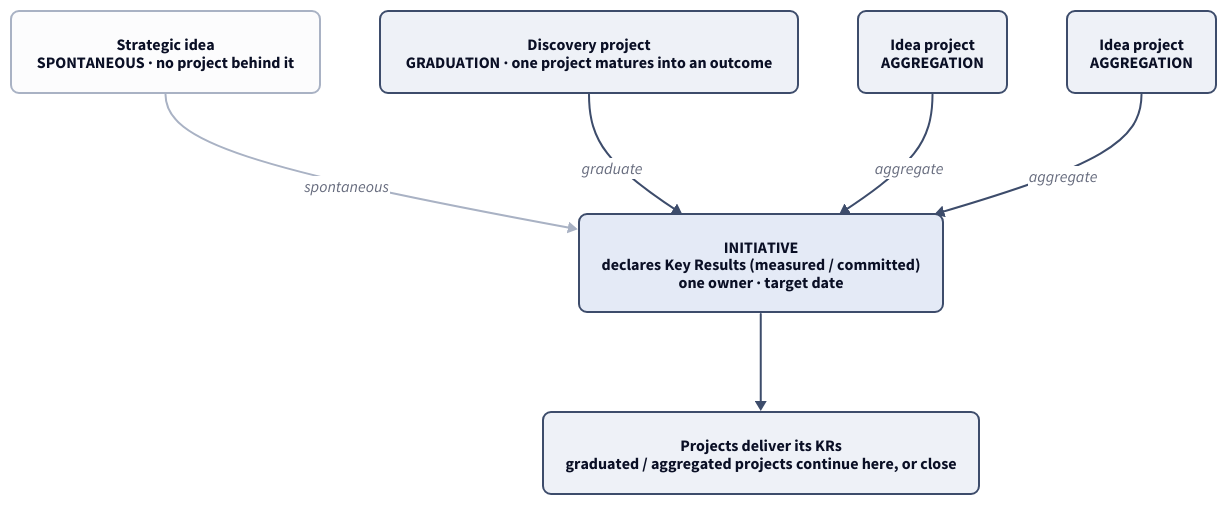
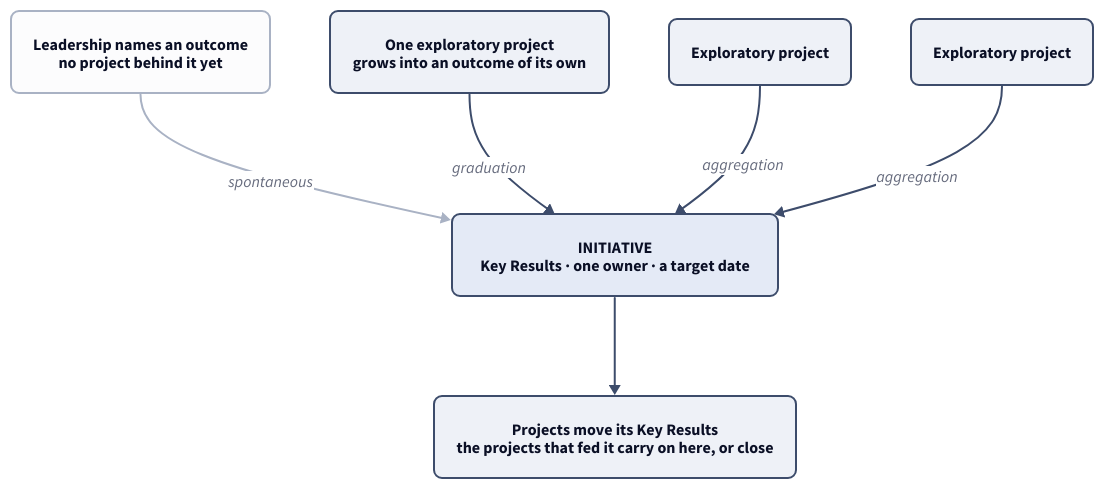
Before and after one commit to hungovercoders/linear-work-management: the diagram in docs/diagrams/initiative-origin.d2, drawn with D2. The commit also changed 15 other files, not shown here.

First line of the commit message:
docs(diagrams): redraw all eight in the guide's plain wording

```diff
--- a/docs/diagrams/initiative-origin.d2
+++ b/docs/diagrams/initiative-origin.d2
@@ -1,36 +1,36 @@
 # Where an initiative comes from: three origins converging on one outcome.
 # Shown on the Initiatives page as a committed SVG (see `task diagrams`).
 # Companion to project-lifecycle.d2. Flat + acyclic so the layout stays a clean funnel.
 
 direction: down
 
 # ---- the three origins ----
-strat: "Strategic idea\nSPONTANEOUS · no project behind it" {
+strat: "Leadership names an outcome\nno project behind it yet" {
   style: {fill: "#FCFCFD"; stroke: "#A9B2C4"; border-radius: 8}
 }
-grad: "Discovery project\nGRADUATION · one project matures into an outcome" {
+grad: "One exploratory project\ngrows into an outcome of its own" {
   style: {fill: "#EEF1F7"; stroke: "#3D4C6B"; border-radius: 8; bold: true}
 }
-agg1: "Idea project\nAGGREGATION" {
+agg1: "Exploratory project" {
   style: {fill: "#EEF1F7"; stroke: "#3D4C6B"; border-radius: 8}
 }
-agg2: "Idea project\nAGGREGATION" {
+agg2: "Exploratory project" {
   style: {fill: "#EEF1F7"; stroke: "#3D4C6B"; border-radius: 8}
 }
 
 # ---- the initiative ----
-initiative: "INITIATIVE\ndeclares Key Results (measured / committed)\none owner · target date" {
+initiative: "INITIATIVE\nKey Results · one owner · a target date" {
   style: {fill: "#E4EAF6"; stroke: "#3D4C6B"; border-radius: 8; bold: true; stroke-width: 2}
 }
 
 # ---- what happens next ----
-delivery: "Projects deliver its KRs\ngraduated / aggregated projects continue here, or close" {
+delivery: "Projects move its Key Results\nthe projects that fed it carry on here, or close" {
   style: {fill: "#EEF1F7"; stroke: "#3D4C6B"; border-radius: 8}
 }
 
 # ---- the funnel (acyclic, top-to-bottom) ----
 strat -> initiative: spontaneous {style.stroke: "#A9B2C4"}
-grad -> initiative: graduate {style.stroke: "#3D4C6B"}
-agg1 -> initiative: aggregate {style.stroke: "#3D4C6B"}
-agg2 -> initiative: aggregate {style.stroke: "#3D4C6B"}
+grad -> initiative: graduation {style.stroke: "#3D4C6B"}
+agg1 -> initiative: aggregation {style.stroke: "#3D4C6B"}
+agg2 -> initiative: aggregation {style.stroke: "#3D4C6B"}
 initiative -> delivery {style.stroke: "#3D4C6B"}
```
